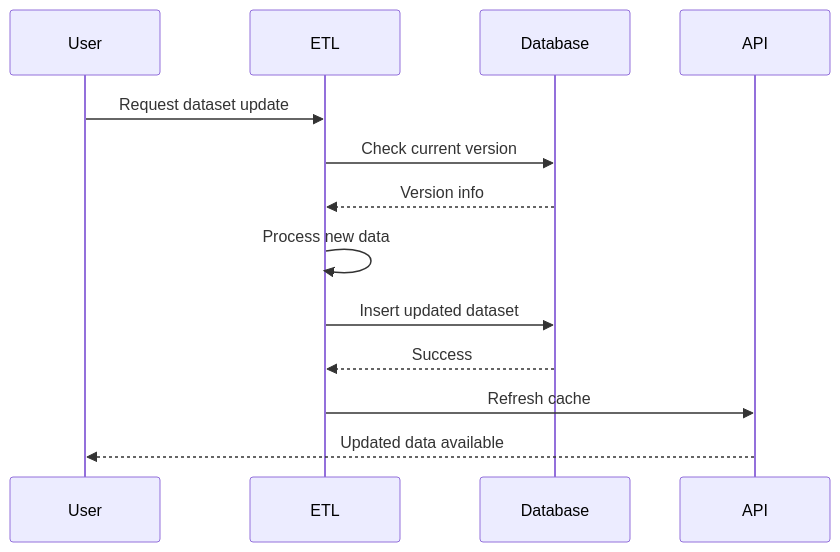
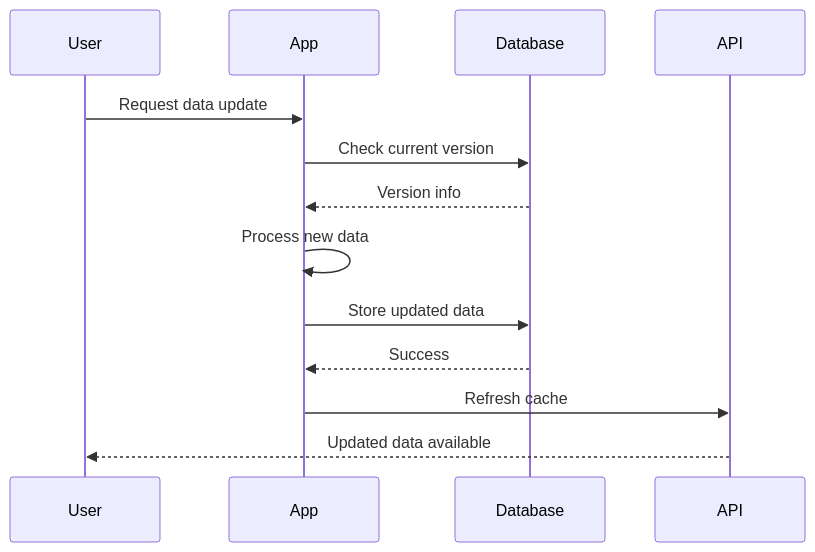
Before and after one commit to owid/etl: the second of 3 diagrams in docs/guides/demo.md, drawn with Mermaid. The commit also changed other lines of this file and 1 other file, not shown here.

````diff
--- a/docs/guides/demo.md
+++ b/docs/guides/demo.md
@@ -247,16 +256,16 @@
 ```mermaid
 sequenceDiagram
     participant User
-    participant ETL
+    participant App
     participant Database
     participant API
 
-    User->>ETL: Request dataset update
-    ETL->>Database: Check current version
-    Database-->>ETL: Version info
-    ETL->>ETL: Process new data
-    ETL->>Database: Insert updated dataset
-    Database-->>ETL: Success
-    ETL->>API: Refresh cache
+    User->>App: Request data update
+    App->>Database: Check current version
+    Database-->>App: Version info
+    App->>App: Process new data
+    App->>Database: Store updated data
+    Database-->>App: Success
+    App->>API: Refresh cache
     API-->>User: Updated data available
 ```
````
